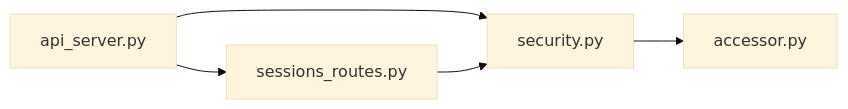
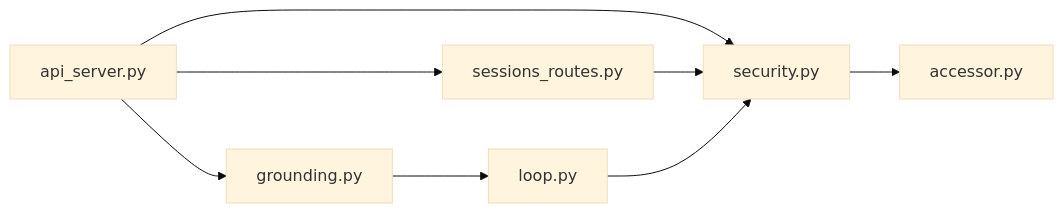
Before and after one commit to 20012002er/Vibe-Trading: the eighth of 8 diagrams in .qoder/repowiki/zh/content/架构设计/安全架构/认证授权机制.md, drawn with Mermaid (base theme). The commit also changed other lines of this file and 9 other files, not shown here.

````diff
--- a/.qoder/repowiki/zh/content/架构设计/安全架构/认证授权机制.md
+++ b/.qoder/repowiki/zh/content/架构设计/安全架构/认证授权机制.md
@@ -315,7 +392,10 @@
 ```mermaid
 graph LR
 AS["api_server.py"] --> SEC["security.py"]
 AS --> SR["sessions_routes.py"]
 SR --> SEC
 SEC --> ACC["accessor.py"]
+AS --> GROUNDING["grounding.py"]
+GROUNDING --> LOOP["loop.py"]
+LOOP --> SEC
 ```
````
